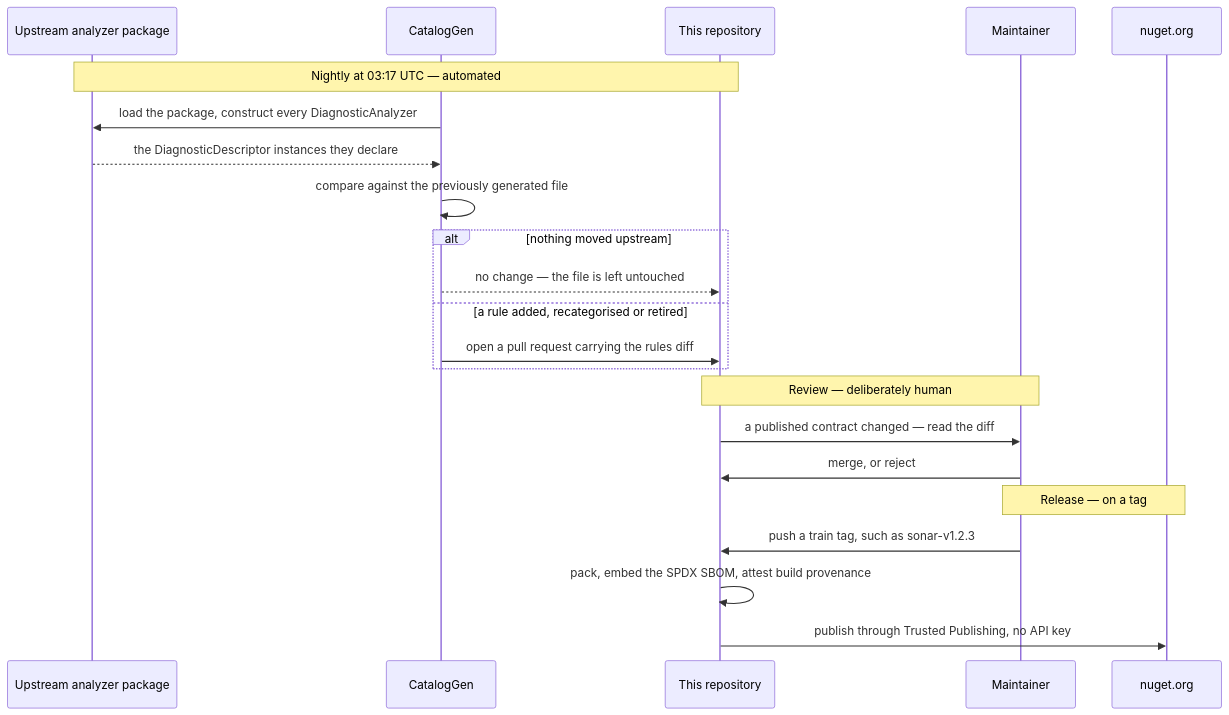
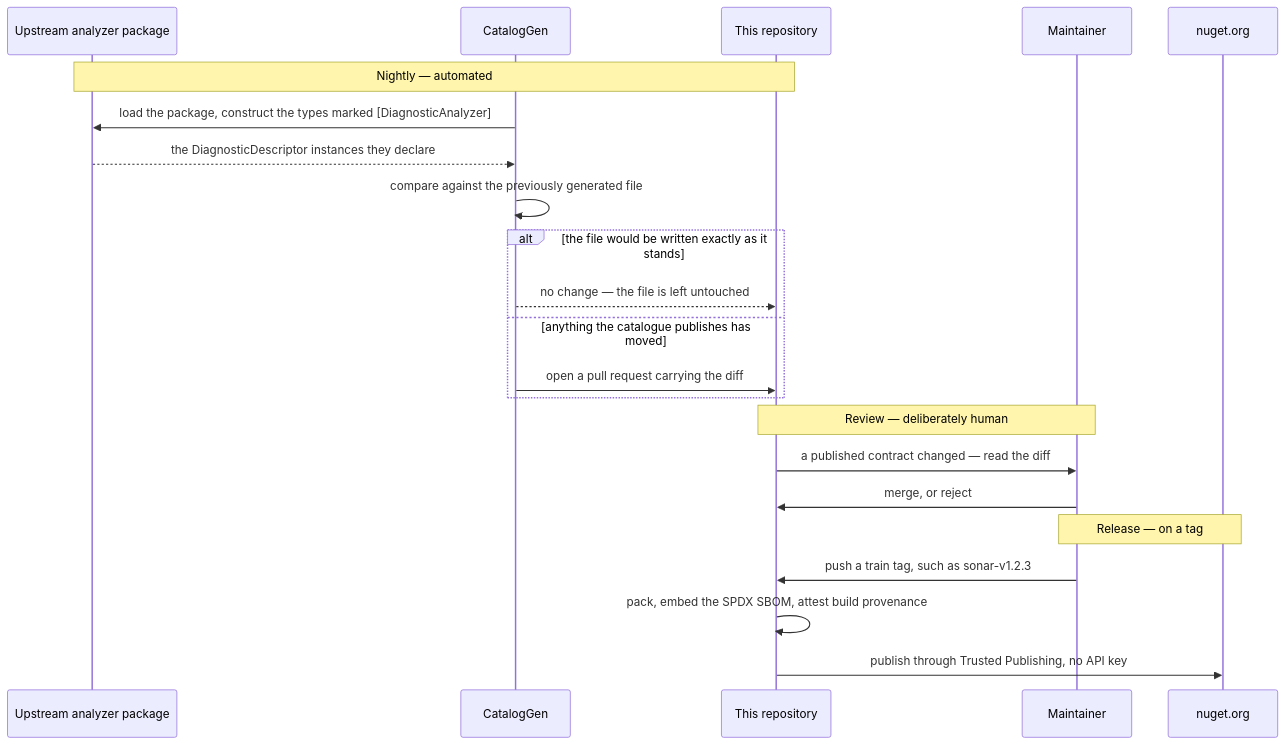
One commit to Reefact/diagnostic-catalog changed the diagram in README.md. Above: the diagram before and after it, drawn with Mermaid. The commit also changed other lines of this file and 70 other files, not shown here.

````diff
--- a/README.md
+++ b/README.md
@@ -116,27 +243,27 @@
 ```mermaid
 sequenceDiagram
     participant U as Upstream analyzer package
     participant G as CatalogGen
     participant R as This repository
     participant M as Maintainer
     participant N as nuget.org
 
-    Note over U,R: Nightly at 03:17 UTC — automated
-    G->>U: load the package, construct every DiagnosticAnalyzer
+    Note over U,R: Nightly — automated
+    G->>U: load the package, construct the types marked [DiagnosticAnalyzer]
     U-->>G: the DiagnosticDescriptor instances they declare
     G->>G: compare against the previously generated file
-    alt nothing moved upstream
+    alt the file would be written exactly as it stands
         G-->>R: no change — the file is left untouched
-    else a rule added, recategorised or retired
-        G->>R: open a pull request carrying the rules diff
+    else anything the catalogue publishes has moved
+        G->>R: open a pull request carrying the diff
     end
 
     Note over R,M: Review — deliberately human
     R->>M: a published contract changed — read the diff
     M->>R: merge, or reject
 
     Note over M,N: Release — on a tag
     M->>R: push a train tag, such as sonar-v1.2.3
     R->>R: pack, embed the SPDX SBOM, attest build provenance
     R->>N: publish through Trusted Publishing, no API key
 ```
````
